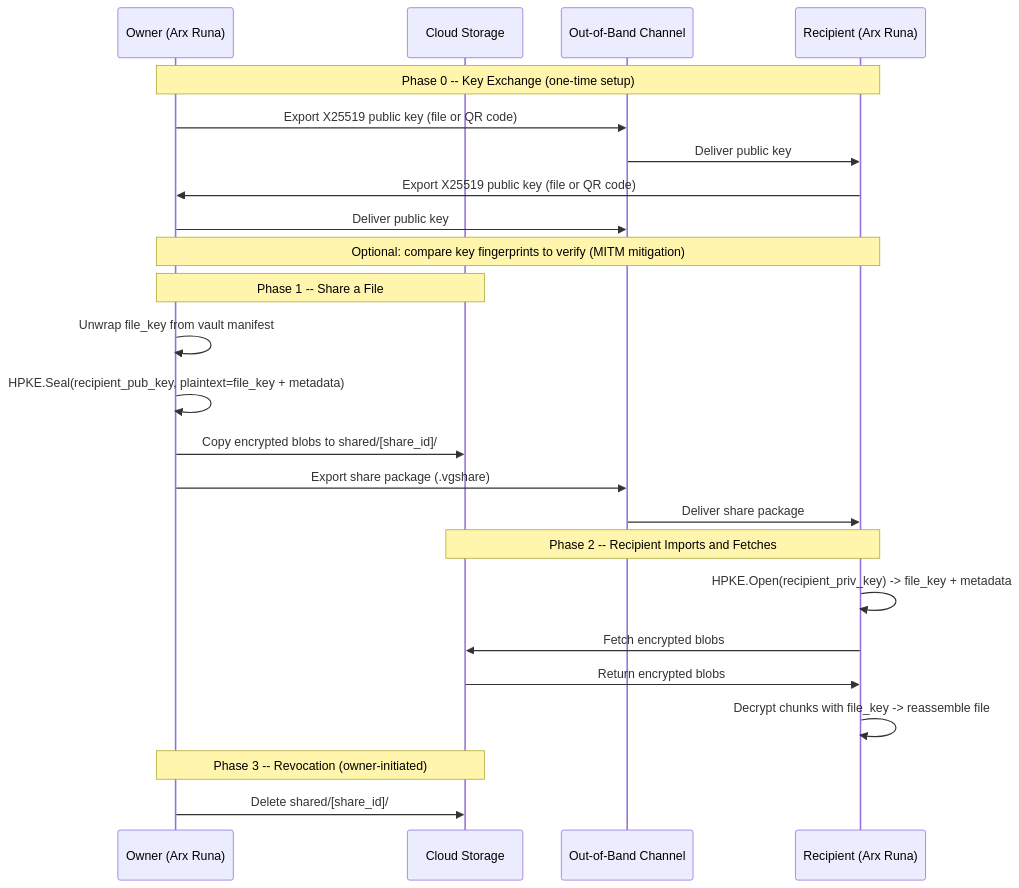
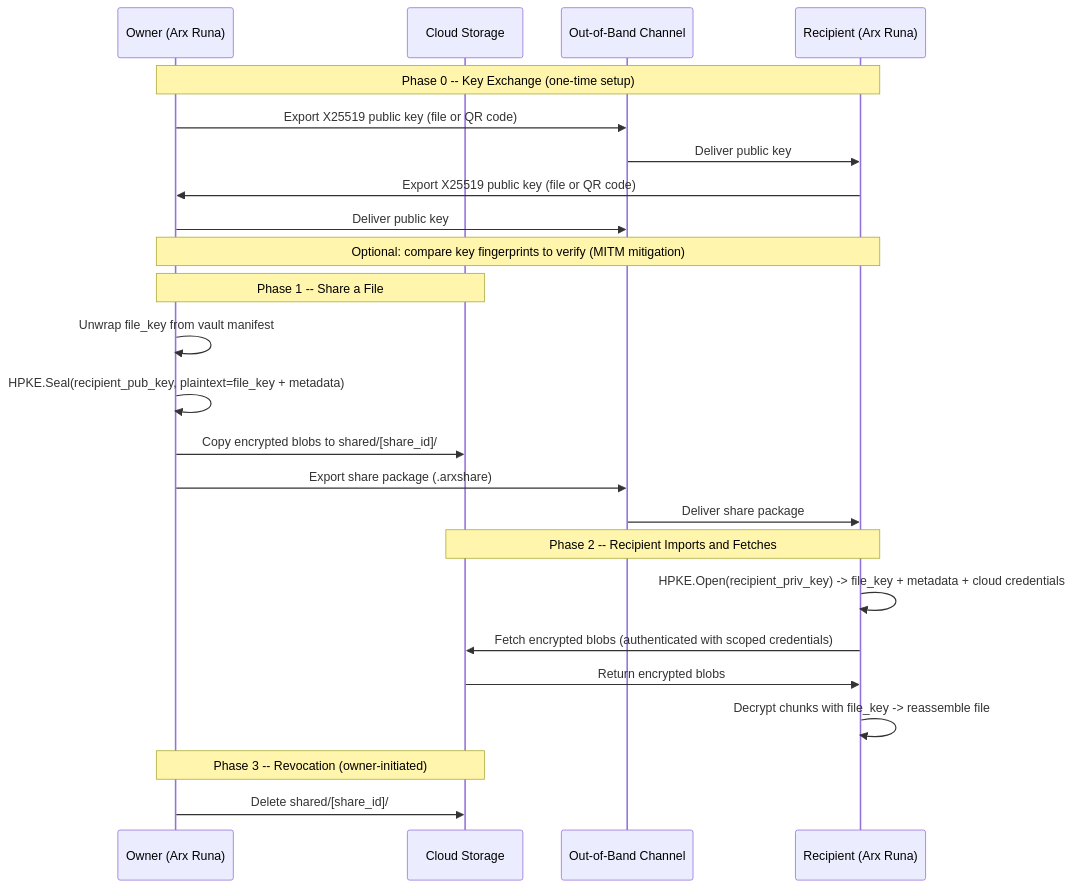
One commit to salgaard/arx-runa changed the first of 2 diagrams in docs/how-it-works/file-sharing.md. Above: the diagram before and after it, drawn with Mermaid. The commit also changed other lines of this file and 33 other files, not shown here.

````diff
--- a/docs/how-it-works/file-sharing.md
+++ b/docs/how-it-works/file-sharing.md
@@ -30,30 +30,30 @@
 ```mermaid
 sequenceDiagram
     participant Owner as Owner (Arx Runa)
     participant Cloud as Cloud Storage
     participant Channel as Out-of-Band Channel
     participant Recipient as Recipient (Arx Runa)
 
     note over Owner,Recipient: Phase 0 #45;#45; Key Exchange (one-time setup)
     Owner->>Channel: Export X25519 public key (file or QR code)
     Channel->>Recipient: Deliver public key
     Recipient->>Owner: Export X25519 public key (file or QR code)
     Owner->>Channel: Deliver public key
     note over Owner,Recipient: Optional#58; compare key fingerprints to verify (MITM mitigation)
 
     note over Owner,Cloud: Phase 1 #45;#45; Share a File
     Owner->>Owner: Unwrap file_key from vault manifest
     Owner->>Owner: HPKE.Seal(recipient_pub_key, plaintext=file_key + metadata)
     Owner->>Cloud: Copy encrypted blobs to shared/[share_id]/
-    Owner->>Channel: Export share package (.vgshare)
+    Owner->>Channel: Export share package (.arxshare)
     Channel->>Recipient: Deliver share package
 
     note over Recipient,Cloud: Phase 2 #45;#45; Recipient Imports and Fetches
-    Recipient->>Recipient: HPKE.Open(recipient_priv_key) #45;#62; file_key + metadata
-    Recipient->>Cloud: Fetch encrypted blobs
+    Recipient->>Recipient: HPKE.Open(recipient_priv_key) #45;#62; file_key + metadata + cloud credentials
+    Recipient->>Cloud: Fetch encrypted blobs (authenticated with scoped credentials)
     Cloud->>Recipient: Return encrypted blobs
     Recipient->>Recipient: Decrypt chunks with file_key #45;#62; reassemble file
 
     note over Owner,Cloud: Phase 3 #45;#45; Revocation (owner-initiated)
     Owner->>Cloud: Delete shared/[share_id]/
 ```
````
